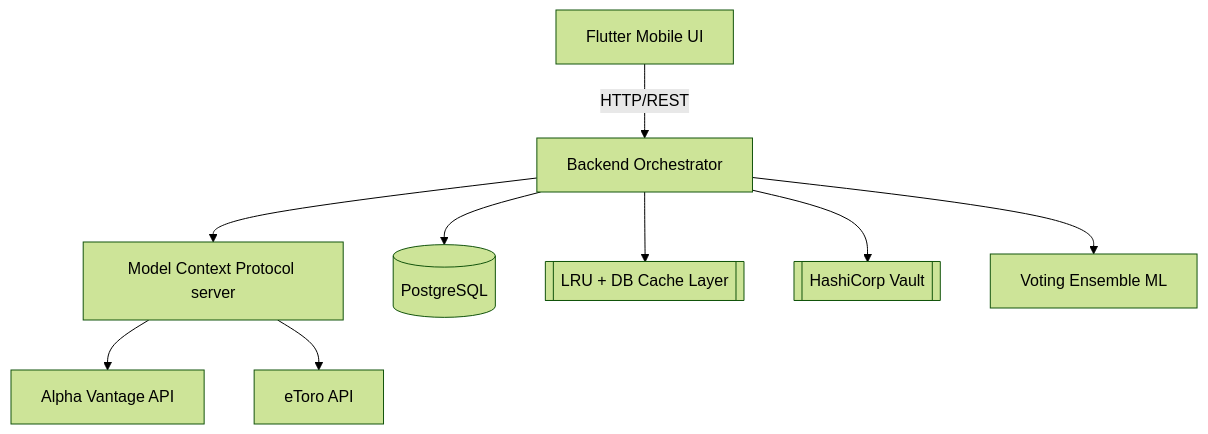
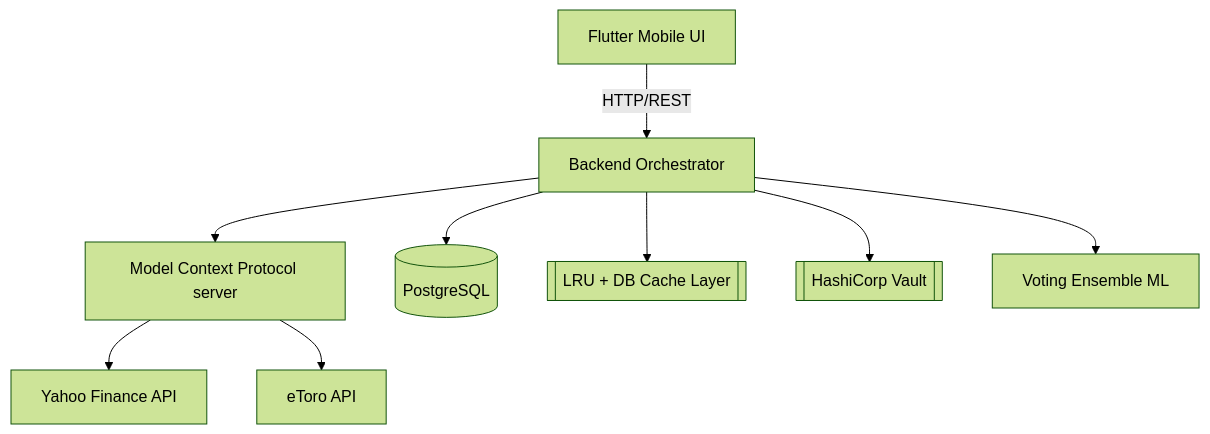
The diagram in FAULT_TOLERANCE.md (banmepls/Virtual-Personal-Finance-Advisor), drawn with Mermaid (forest theme) before and after one commit. The commit also changed other lines of this file and 26 other files, not shown here.

````diff
--- a/FAULT_TOLERANCE.md
+++ b/FAULT_TOLERANCE.md
@@ -12,12 +12,12 @@
 ```mermaid
 graph TD
     Client[Flutter Mobile UI] -->|HTTP/REST| FastAPI[Backend Orchestrator]
     FastAPI --> MCP[Model Context Protocol server]
     FastAPI --> DB[(PostgreSQL)]
     FastAPI --> Cache[[LRU + DB Cache Layer]]
     FastAPI --> Vault[[HashiCorp Vault]]
     
-    MCP --> AlphaVantage[Alpha Vantage API]
+    MCP --> YahooFinance[Yahoo Finance API]
     MCP --> eToro[eToro API]
     FastAPI --> ML[Voting Ensemble ML]
 ```
````
